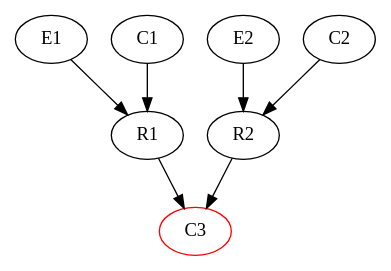
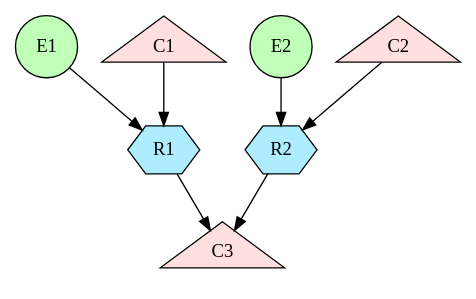
Before and after one commit to h3llcat25/BachelorQUBOProject: the diagram in graphStuff/graphoz/a.dot, drawn with Graphviz. The commit also changed 51 other files, not shown here.

```diff
--- a/graphStuff/graphoz/a.dot
+++ b/graphStuff/graphoz/a.dot
@@ -1,16 +1,17 @@
 digraph G {
-    E1 [type=E]
-    C1 [type=C]
-    R1 [type=R]
-    E2 [type=E]
-    C2 [type=C]
-    R2 [type=R]
-    C3 [color=red, type=C]
-    
+    rankdir=bt;
+    E1 [fillcolor="#8FFF8090", type=E, shape=circle, style=filled]
+    C1 [fillcolor="#FF000020", type=C, shape=triangle, style=filled]
+    R1 [fillcolor="#5CDCFF80", type=R, shape=hexagon, style=filled]
+    E2 [fillcolor="#8FFF8090", type=E, shape=circle, style=filled]
+    C2 [fillcolor="#FF000020", type=C, shape=triangle, style=filled]
+    R2 [fillcolor="#5CDCFF80", type=R, shape=hexagon, style=filled]
+    C3 [fillcolor="#FF000020", type=C, shape=triangle, style=filled]
+
     E1 -> R1
     C1 -> R1
     R1 -> C3
     E2 -> R2
     C2 -> R2
     R2 -> C3
 }
```
